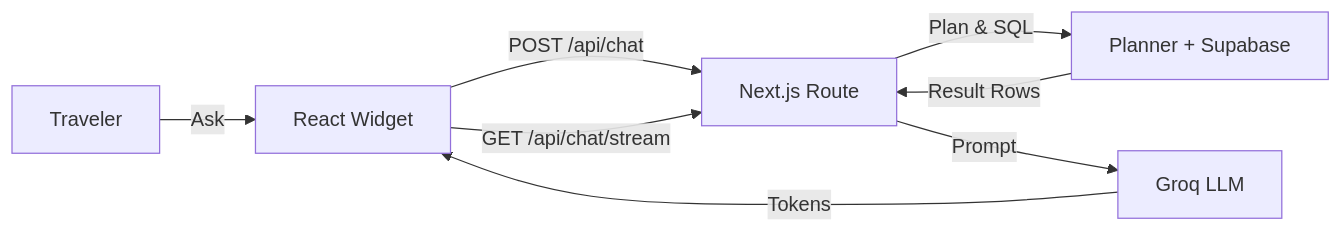
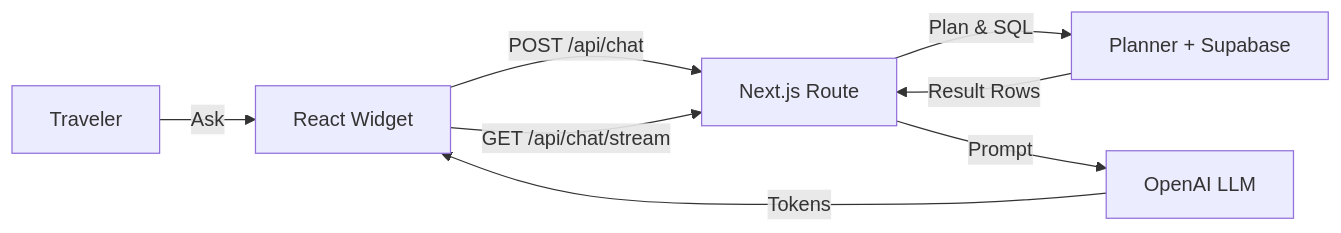
The diagram in README.md (ShayFeldboy1010/tripay), drawn with Mermaid before and after one commit. The commit also changed other lines of this file and 21 other files, not shown here.

````diff
--- a/README.md
+++ b/README.md
@@ -52,10 +52,10 @@
 ```mermaid
 flowchart LR
   A[Traveler] -->|Ask| B[React Widget]
   B -->|POST /api/chat| C[Next.js Route]
   B -->|GET /api/chat/stream| C
   C -->|Plan & SQL| D[Planner + Supabase]
   D -->|Result Rows| C
-  C -->|Prompt| E[Groq LLM]
+  C -->|Prompt| E[OpenAI LLM]
   E -->|Tokens| B
 ```
````
